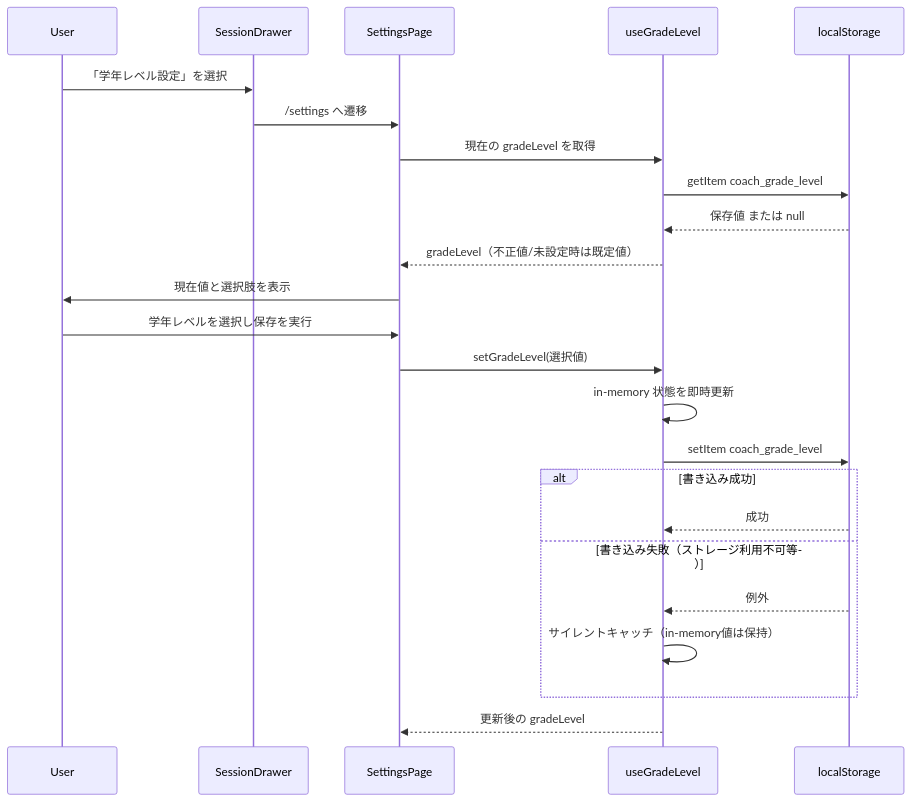
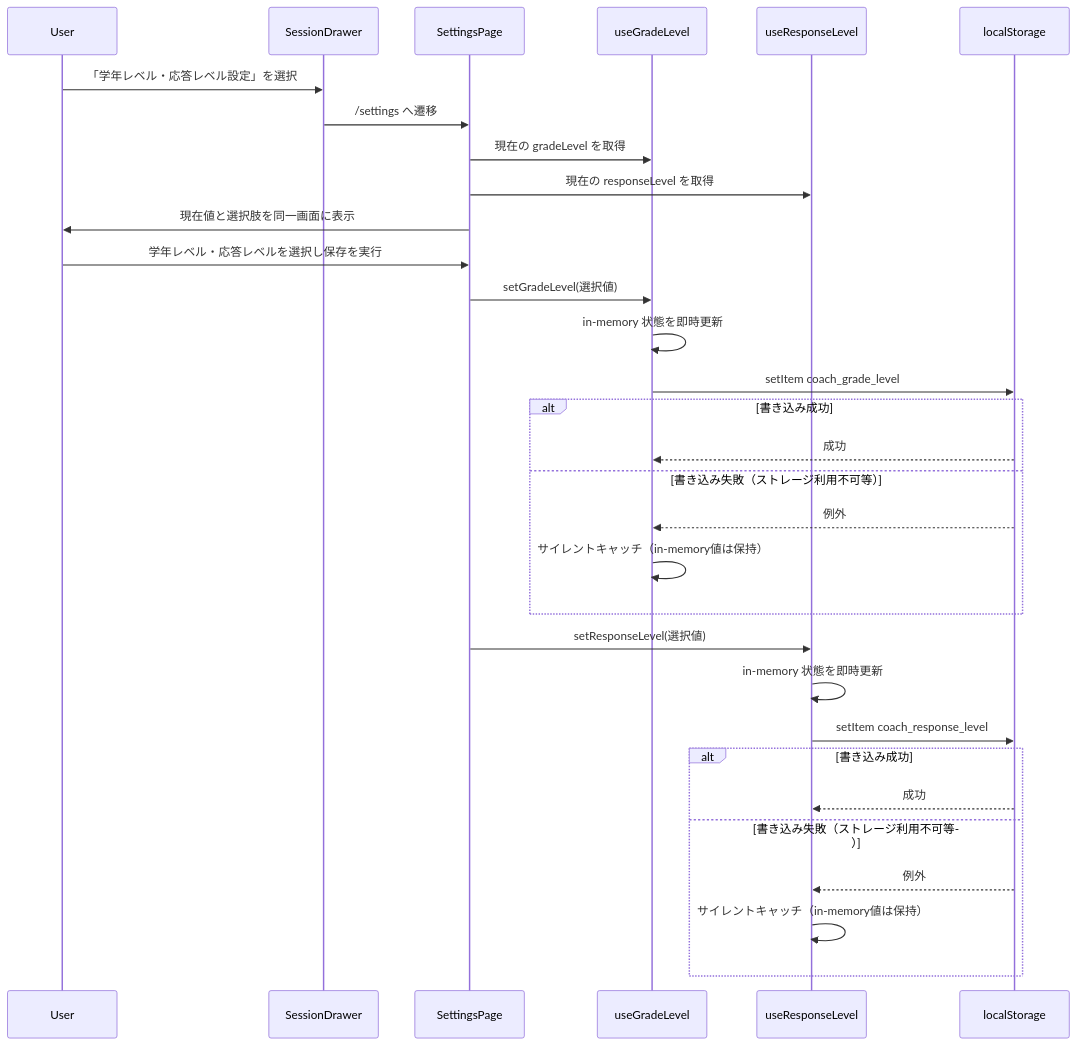
The second of 3 diagrams in .kiro/specs/grade-level-coaching/design.md (hayashida/my-coach-app), drawn with Mermaid before and after one commit. The commit also changed other lines of this file and 2 other files, not shown here.

First line of the commit message:
docs(grade-level-coaching): 応答レベル機能のrequirements/design/researchを更新

````diff
--- a/.kiro/specs/grade-level-coaching/design.md
+++ b/.kiro/specs/grade-level-coaching/design.md
@@ -169,27 +189,34 @@
 ```mermaid
 sequenceDiagram
     participant User
     participant SessionDrawer_comp as SessionDrawer
     participant SettingsPage_comp as SettingsPage
     participant useGradeLevel_hook as useGradeLevel
+    participant useResponseLevel_hook as useResponseLevel
     participant LocalStorage as localStorage
 
-    User->>SessionDrawer_comp: 「学年レベル設定」を選択
+    User->>SessionDrawer_comp: 「学年レベル・応答レベル設定」を選択
     SessionDrawer_comp->>SettingsPage_comp: /settings へ遷移
     SettingsPage_comp->>useGradeLevel_hook: 現在の gradeLevel を取得
-    useGradeLevel_hook->>LocalStorage: getItem coach_grade_level
-    LocalStorage-->>useGradeLevel_hook: 保存値 または null
-    useGradeLevel_hook-->>SettingsPage_comp: gradeLevel（不正値/未設定時は既定値）
-    SettingsPage_comp->>User: 現在値と選択肢を表示
-    User->>SettingsPage_comp: 学年レベルを選択し保存を実行
+    SettingsPage_comp->>useResponseLevel_hook: 現在の responseLevel を取得
+    SettingsPage_comp->>User: 現在値と選択肢を同一画面に表示
+    User->>SettingsPage_comp: 学年レベル・応答レベルを選択し保存を実行
     SettingsPage_comp->>useGradeLevel_hook: setGradeLevel(選択値)
     useGradeLevel_hook->>useGradeLevel_hook: in-memory 状態を即時更新
     useGradeLevel_hook->>LocalStorage: setItem coach_grade_level
     alt 書き込み成功
         LocalStorage-->>useGradeLevel_hook: 成功
     else 書き込み失敗（ストレージ利用不可等）
         LocalStorage-->>useGradeLevel_hook: 例外
         useGradeLevel_hook->>useGradeLevel_hook: サイレントキャッチ（in-memory値は保持）
     end
-    useGradeLevel_hook-->>SettingsPage_comp: 更新後の gradeLevel
+    SettingsPage_comp->>useResponseLevel_hook: setResponseLevel(選択値)
+    useResponseLevel_hook->>useResponseLevel_hook: in-memory 状態を即時更新
+    useResponseLevel_hook->>LocalStorage: setItem coach_response_level
+    alt 書き込み成功
+        LocalStorage-->>useResponseLevel_hook: 成功
+    else 書き込み失敗（ストレージ利用不可等）
+        LocalStorage-->>useResponseLevel_hook: 例外
+        useResponseLevel_hook->>useResponseLevel_hook: サイレントキャッチ（in-memory値は保持）
+    end
 ```
````
